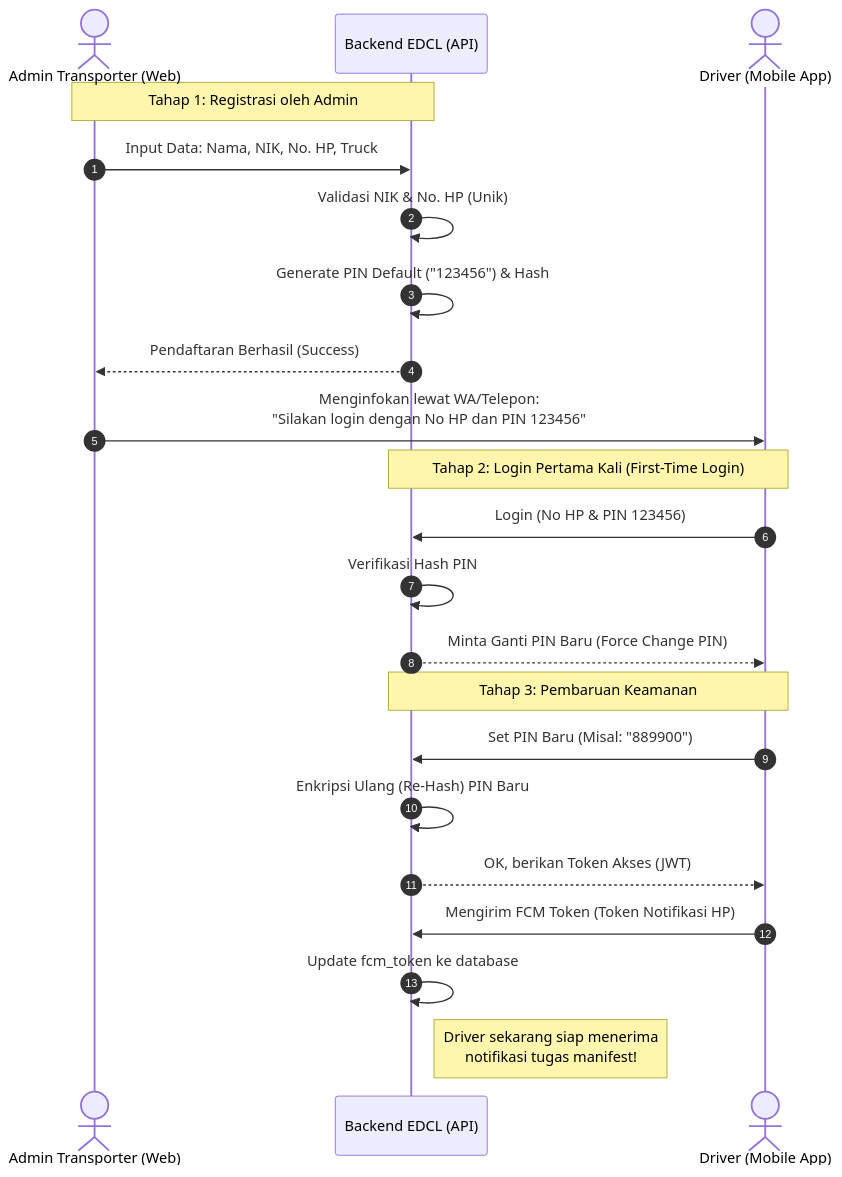
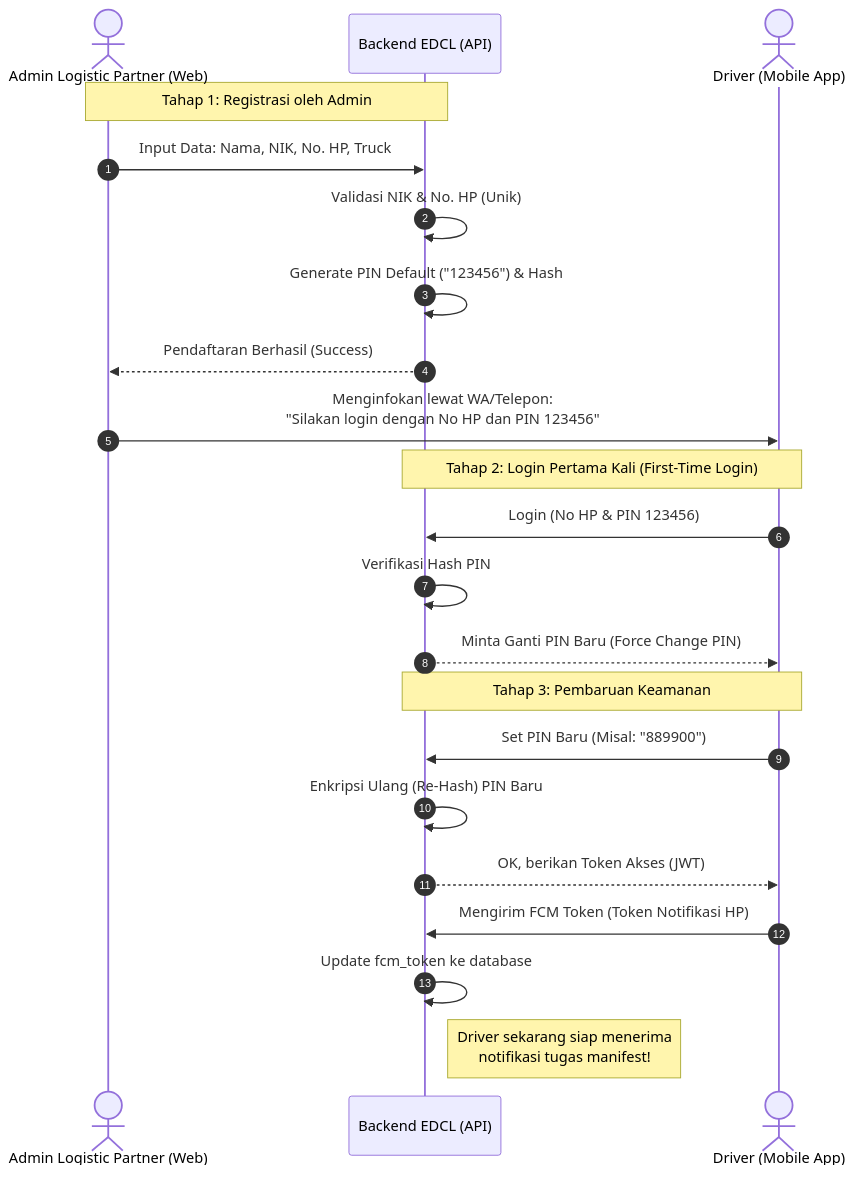
The diagram in docs/bisnis-proses/registrasi-driver.md (odealidj/minione-edcl-net), drawn with Mermaid before and after one commit. The commit also changed other lines of this file and 119 other files, not shown here.

Commit message:
docs: update logical-data-model to reflect LogisticPartner and Route additions

````diff
--- a/docs/bisnis-proses/registrasi-driver.md
+++ b/docs/bisnis-proses/registrasi-driver.md
@@ -18,29 +18,29 @@
 ```mermaid
 sequenceDiagram
     autonumber
-    actor Admin as Admin Transporter (Web)
+    actor Admin as Admin Logistic Partner (Web)
     participant EDCL as Backend EDCL (API)
     actor Driver as Driver (Mobile App)
 
     note over Admin,EDCL: Tahap 1: Registrasi oleh Admin
     Admin->>EDCL: Input Data: Nama, NIK, No. HP, Truck
     EDCL->>EDCL: Validasi NIK & No. HP (Unik)
     EDCL->>EDCL: Generate PIN Default ("123456") & Hash
     EDCL-->>Admin: Pendaftaran Berhasil (Success)
     
     Admin->>Driver: Menginfokan lewat WA/Telepon:<br/>"Silakan login dengan No HP dan PIN 123456"
     
     note over Driver,EDCL: Tahap 2: Login Pertama Kali (First-Time Login)
     Driver->>EDCL: Login (No HP & PIN 123456)
     EDCL->>EDCL: Verifikasi Hash PIN
     EDCL-->>Driver: Minta Ganti PIN Baru (Force Change PIN)
     
     note over Driver,EDCL: Tahap 3: Pembaruan Keamanan
     Driver->>EDCL: Set PIN Baru (Misal: "889900")
     EDCL->>EDCL: Enkripsi Ulang (Re-Hash) PIN Baru
     EDCL-->>Driver: OK, berikan Token Akses (JWT)
     
     Driver->>EDCL: Mengirim FCM Token (Token Notifikasi HP)
     EDCL->>EDCL: Update fcm_token ke database
     note right of EDCL: Driver sekarang siap menerima<br/>notifikasi tugas manifest!
 ```
````
